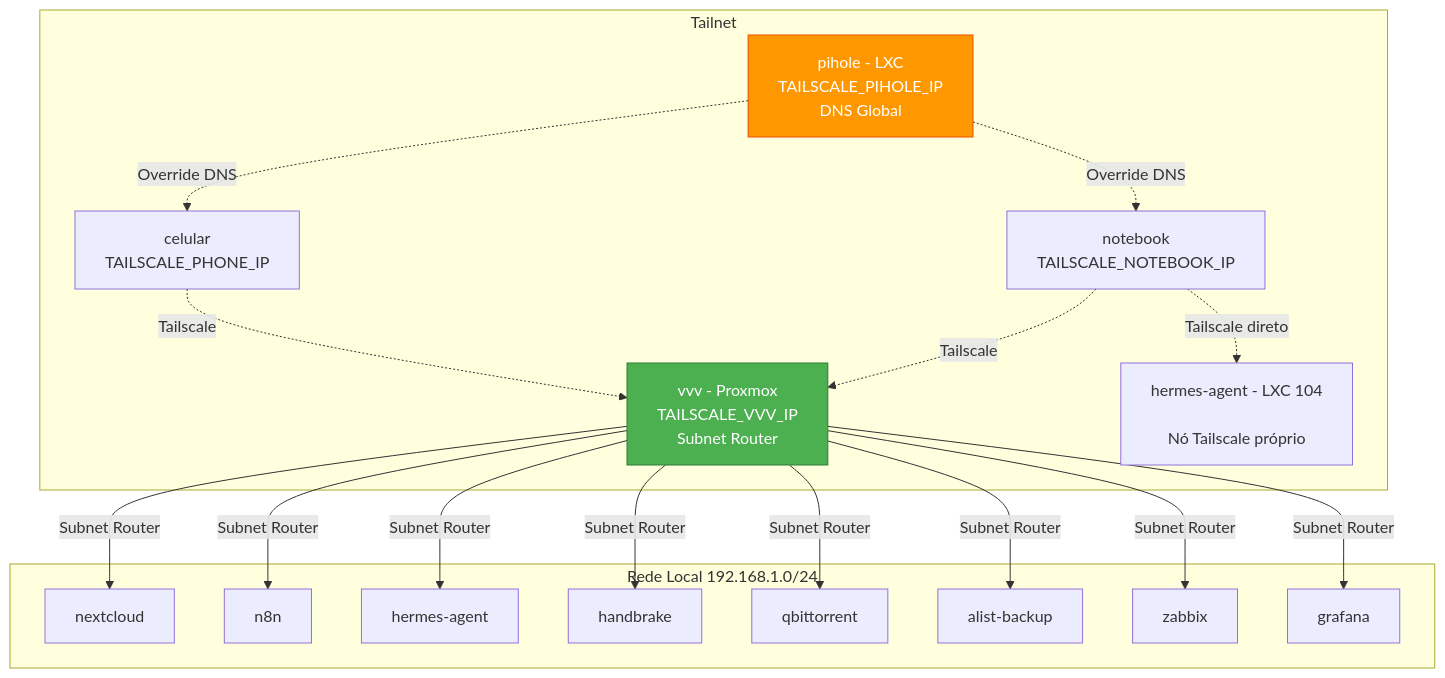
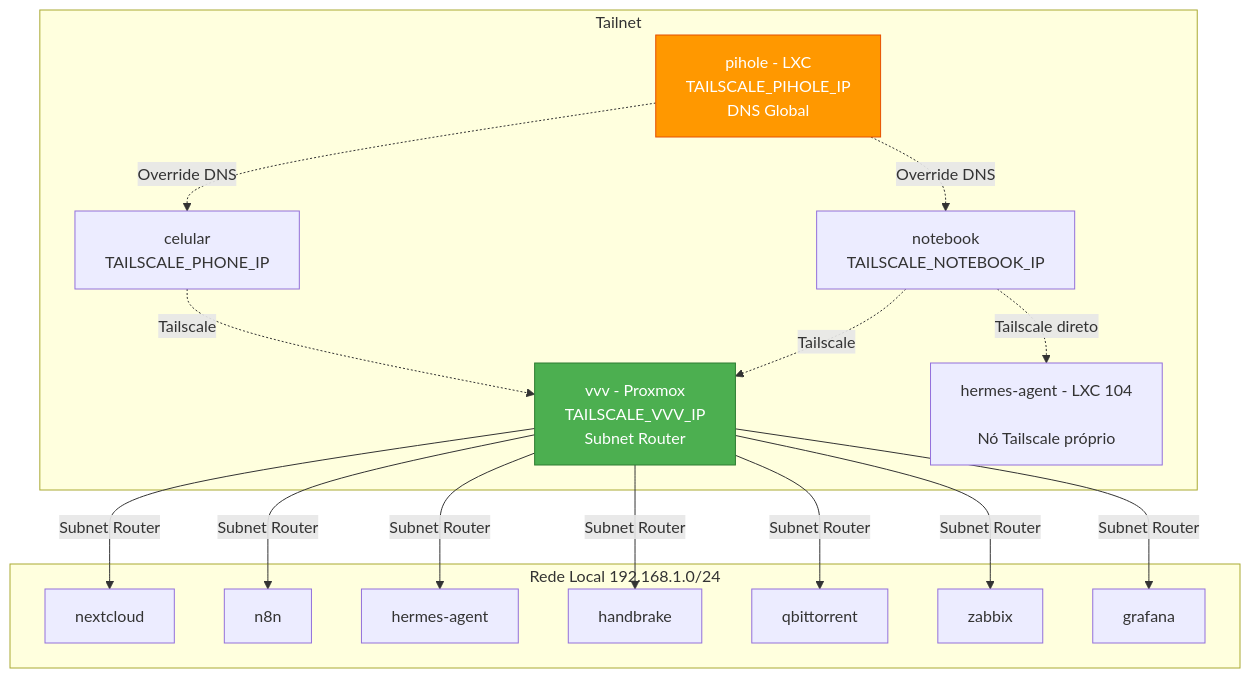
One commit to mviniciusy/vvy-homelab changed the diagram in docs/networking.md. Above: the diagram before and after it, drawn with Mermaid. The commit also changed other lines of this file and 12 other files, not shown here.

````diff
--- a/docs/networking.md
+++ b/docs/networking.md
@@ -11,30 +11,29 @@
 ```mermaid
 graph TB
     subgraph Tailnet
         VVV[vvv - Proxmox<br/>TAILSCALE_VVV_IP<br/>Subnet Router]
         PIHOLE[pihole - LXC<br/>TAILSCALE_PIHOLE_IP<br/>DNS Global]
         HERMES_TS[hermes-agent - LXC 104<br/><TAILSCALE_HERMES_IP><br/>Nó Tailscale próprio]
         NOTEBOOK[notebook<br/>TAILSCALE_NOTEBOOK_IP]
         PHONE[celular<br/>TAILSCALE_PHONE_IP]
     end
 
     subgraph Rede Local 192.168.1.0/24
         VVV --> |Subnet Router| NEXTCLOUD[nextcloud]
                VVV --> |Subnet Router| N8N[n8n]
         VVV --> |Subnet Router| HERMES[hermes-agent]
         VVV --> |Subnet Router| HANDBRAKE[handbrake]
         VVV --> |Subnet Router| QBIT[qbittorrent]
-        VVV --> |Subnet Router| ALIST[alist-backup]
         VVV --> |Subnet Router| ZABBIX[zabbix]
         VVV --> |Subnet Router| GRAFANA[grafana]
     end
 
     NOTEBOOK -.-> |Tailscale| VVV
     NOTEBOOK -.-> |Tailscale direto| HERMES_TS
     PHONE -.-> |Tailscale| VVV
     PIHOLE -.-> |Override DNS| NOTEBOOK
     PIHOLE -.-> |Override DNS| PHONE
 
     style VVV fill:#4caf50,stroke:#2e7d32,color:#fff
     style PIHOLE fill:#ff9800,stroke:#e65100,color:#fff
 ```
````
